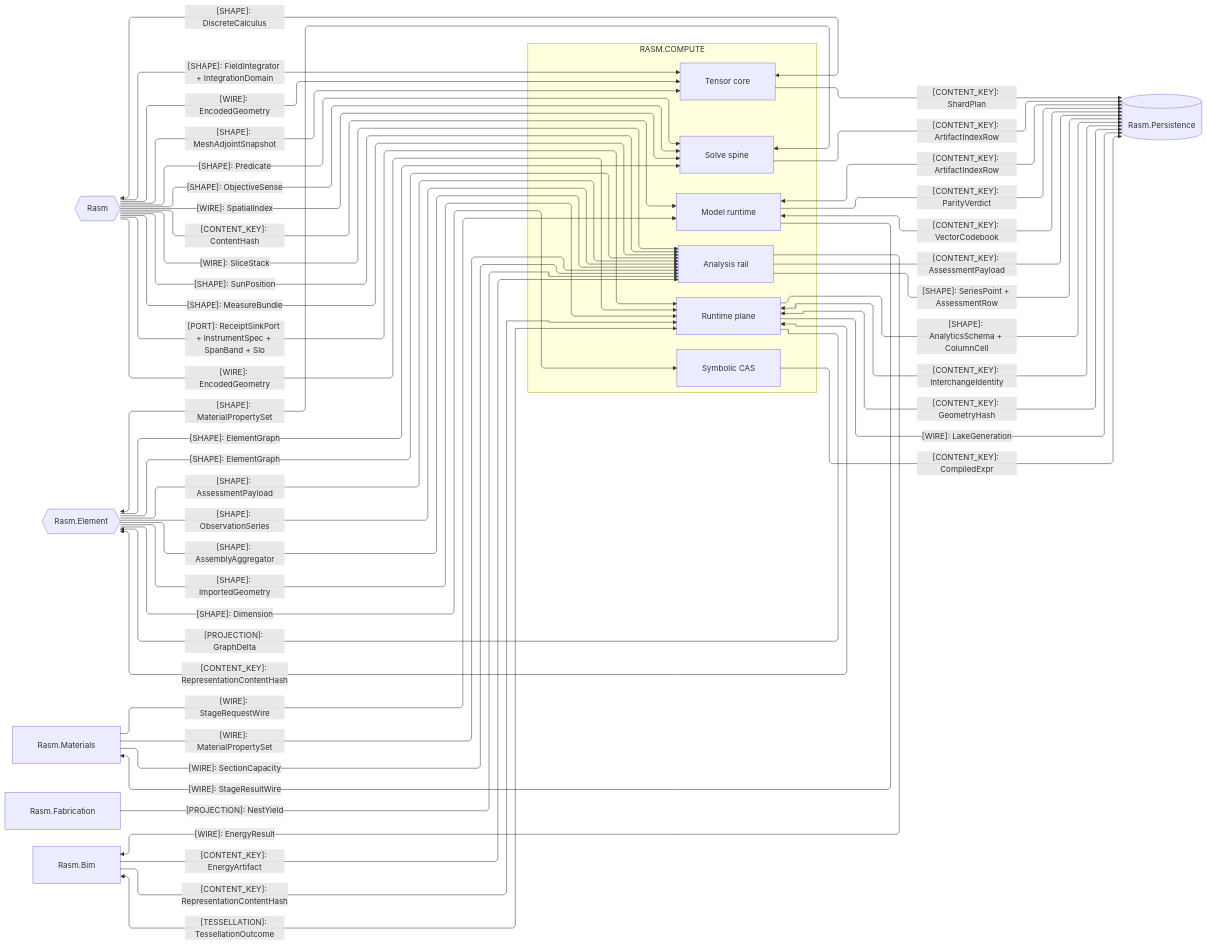
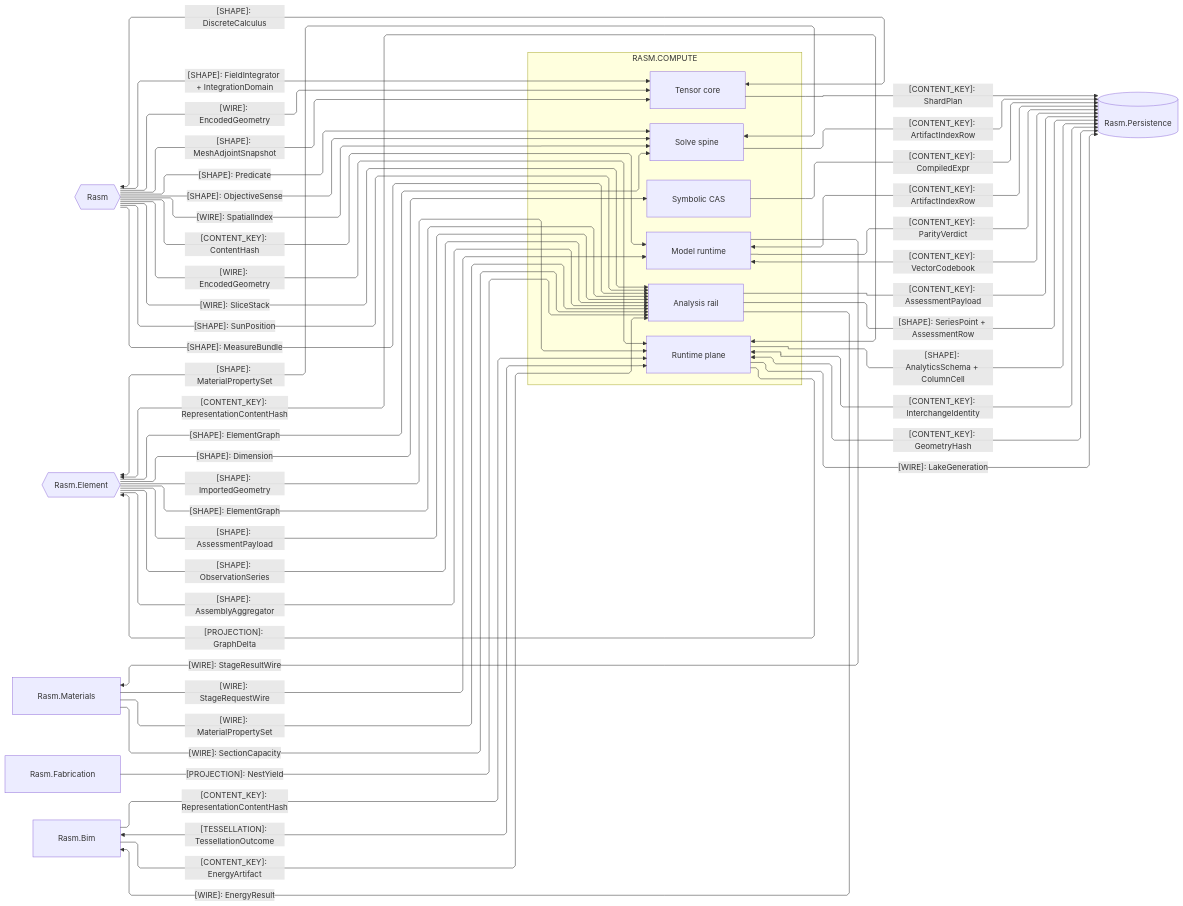
The second of 4 diagrams in libs/dotnet/Rasm.Compute/ARCHITECTURE.md (bsamiee/Rasm), drawn with Mermaid before and after one commit. The commit also changed other lines of this file and 1417 other files, not shown here.

````diff
--- a/libs/dotnet/Rasm.Compute/ARCHITECTURE.md
+++ b/libs/dotnet/Rasm.Compute/ARCHITECTURE.md
@@ -150,70 +144,69 @@
 ```mermaid
 ---
 config:
   layout: elk
   flowchart:
     curve: linear
     padding: 25
 ---
 flowchart LR
     accTitle: Compute AEC-domain and storage seams
     accDescr: Which kinded contract shapes cross between Compute's owners, the kernel, the AEC peers, and the persistence store.
     subgraph compute[RASM.COMPUTE]
         Model[Model runtime]
         Tensor[Tensor core]
         Solver[Solve spine]
         Symbolic[Symbolic CAS]
         Analysis[Analysis rail]
         Runtime[Runtime plane]
     end
     Rasm{{Rasm}}
     Persistence[(Rasm.Persistence)]
     Element{{Rasm.Element}}
     Materials[Rasm.Materials]
     Fabrication[Rasm.Fabrication]
     Bim[Rasm.Bim]
     Rasm e1@-->|"[CONTENT_KEY]: ContentHash"| Model
-    Rasm e2@-->|"[PORT]: ReceiptSinkPort + InstrumentSpec + SpanBand + Slo"| Runtime
     Rasm e3@-->|"[SHAPE]: Predicate"| Solver
     Rasm e4@-->|"[SHAPE]: ObjectiveSense"| Solver
     Tensor e5@<-->|"[SHAPE]: DiscreteCalculus"| Rasm
     Rasm e6@-->|"[WIRE]: SliceStack"| Analysis
     Rasm e7@-->|"[SHAPE]: MeshAdjointSnapshot"| Tensor
     Rasm e8@-->|"[WIRE]: SpatialIndex"| Solver
     Rasm e9@-->|"[WIRE]: EncodedGeometry"| Tensor
     Rasm e10@-->|"[SHAPE]: FieldIntegrator + IntegrationDomain"| Tensor
     Rasm e11@-->|"[SHAPE]: SunPosition"| Analysis
     Rasm e12@-->|"[SHAPE]: MeasureBundle"| Analysis
     Model e13@<-->|"[CONTENT_KEY]: ArtifactIndexRow"| Persistence
     Model e14@-->|"[CONTENT_KEY]: ParityVerdict"| Persistence
     Model e15@<-->|"[CONTENT_KEY]: VectorCodebook"| Persistence
     Tensor e16@-->|"[CONTENT_KEY]: ShardPlan"| Persistence
     Solver e17@-->|"[CONTENT_KEY]: ArtifactIndexRow"| Persistence
     Symbolic e18@-->|"[CONTENT_KEY]: CompiledExpr"| Persistence
     Analysis e19@-->|"[CONTENT_KEY]: AssessmentPayload"| Persistence
     Analysis e20@-->|"[SHAPE]: SeriesPoint + AssessmentRow"| Persistence
     Runtime e21@<-->|"[CONTENT_KEY]: InterchangeIdentity"| Persistence
     Runtime e22@<-->|"[CONTENT_KEY]: GeometryHash"| Persistence
     Runtime e23@-->|"[WIRE]: LakeGeneration"| Persistence
     Runtime e24@-->|"[SHAPE]: AnalyticsSchema + ColumnCell"| Persistence
     Rasm e25@-->|"[WIRE]: EncodedGeometry"| Runtime
     Solver e26@<-->|"[SHAPE]: MaterialPropertySet"| Element
     Element e27@-->|"[SHAPE]: Dimension"| Symbolic
     Element e28@-->|"[SHAPE]: ElementGraph"| Analysis
     Element e29@-->|"[SHAPE]: ElementGraph"| Solver
     Element e30@-->|"[SHAPE]: AssessmentPayload"| Analysis
     Element e31@-->|"[SHAPE]: ObservationSeries"| Analysis
     Runtime e32@-->|"[PROJECTION]: GraphDelta"| Element
     Runtime e33@<-->|"[CONTENT_KEY]: RepresentationContentHash"| Element
     Element e34@-->|"[SHAPE]: ImportedGeometry"| Runtime
     Element e35@-->|"[SHAPE]: AssemblyAggregator"| Analysis
     Materials e36@-->|"[WIRE]: MaterialPropertySet"| Analysis
     Materials e37@-->|"[WIRE]: SectionCapacity"| Analysis
     Materials e38@-->|"[WIRE]: StageRequestWire"| Model
     Model e39@-->|"[WIRE]: StageResultWire"| Materials
     Fabrication e40@-->|"[PROJECTION]: NestYield"| Analysis
     Bim e41@<-->|"[TESSELLATION]: TessellationOutcome"| Runtime
     Bim e43@-->|"[CONTENT_KEY]: RepresentationContentHash"| Runtime
     Bim e44@-->|"[CONTENT_KEY]: EnergyArtifact"| Analysis
     Analysis e45@-->|"[WIRE]: EnergyResult"| Bim
 ```
````
